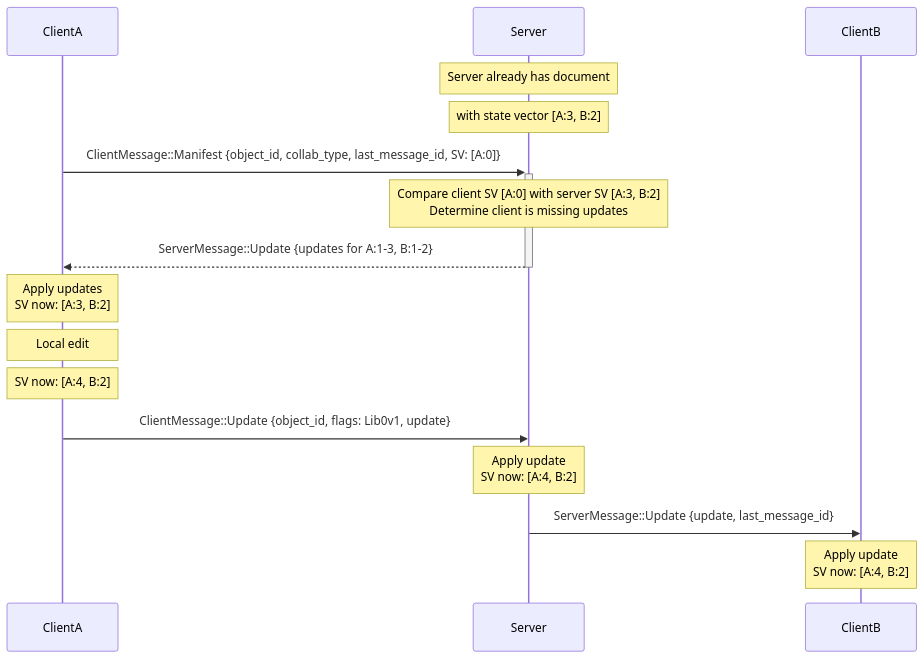
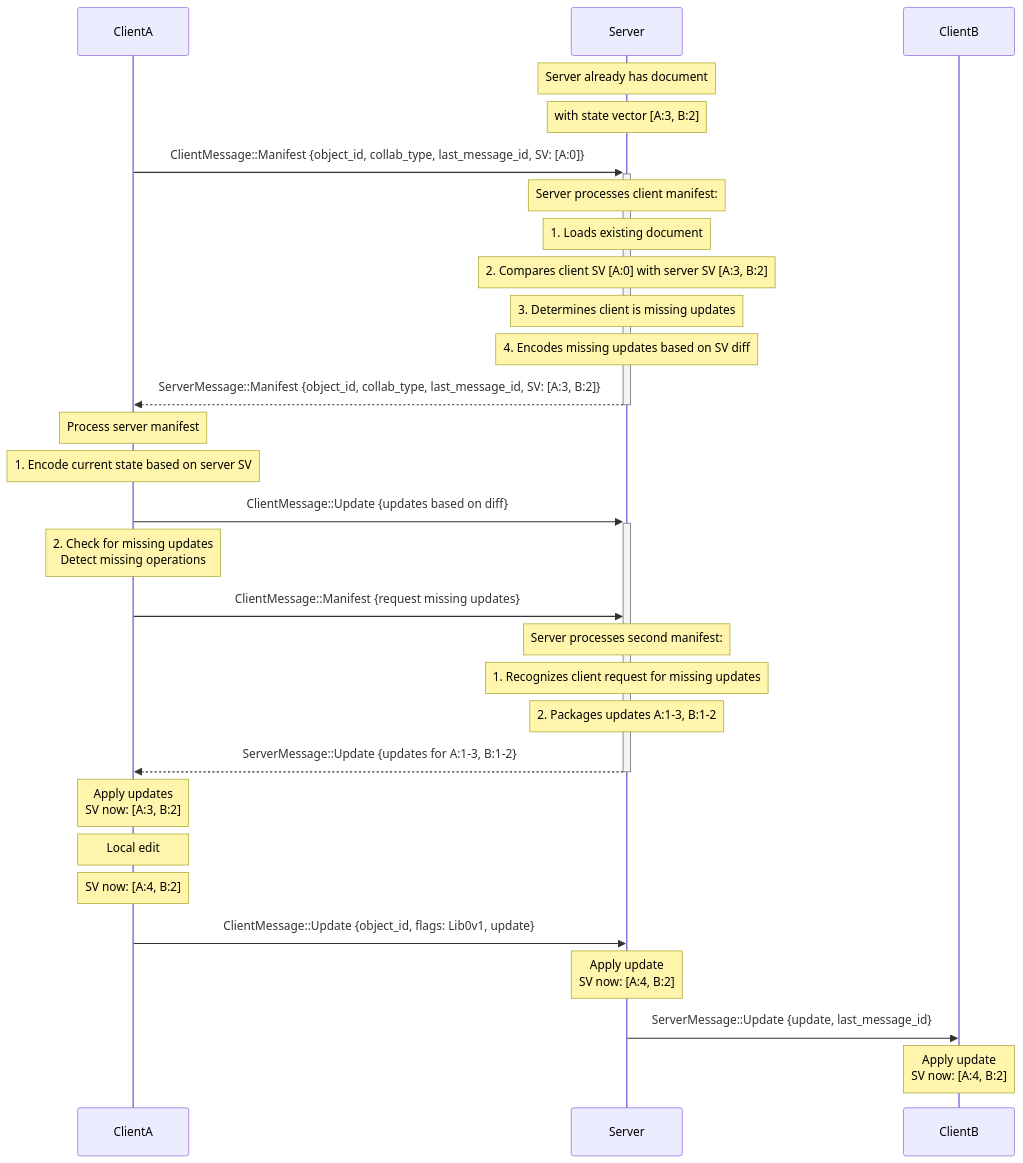
The third of 9 diagrams in libs/client-api/src/v2/README.md (AppFlowy-IO/AppFlowy-Cloud), drawn with Mermaid before and after one commit. The commit also changed other lines of this file and 1 other file, not shown here.

````diff
--- a/libs/client-api/src/v2/README.md
+++ b/libs/client-api/src/v2/README.md
@@ -81,18 +81,31 @@
 ```mermaid
 sequenceDiagram
     participant ClientA
     participant Server
     participant ClientB
     Note over Server: Server already has document
     Note over Server: with state vector [A:3, B:2]
     ClientA ->>+ Server: ClientMessage::Manifest {object_id, collab_type, last_message_id, SV: [A:0]}
-    Note over Server: Compare client SV [A:0] with server SV [A:3, B:2]<br>Determine client is missing updates
+    Note over Server: Server processes client manifest:
+    Note over Server: 1. Loads existing document
+    Note over Server: 2. Compares client SV [A:0] with server SV [A:3, B:2]
+    Note over Server: 3. Determines client is missing updates
+    Note over Server: 4. Encodes missing updates based on SV diff
+    Server -->>- ClientA: ServerMessage::Manifest {object_id, collab_type, last_message_id, SV: [A:3, B:2]}
+    Note over ClientA: Process server manifest
+    Note over ClientA: 1. Encode current state based on server SV
+    ClientA ->>+ Server: ClientMessage::Update {updates based on diff}
+    Note over ClientA: 2. Check for missing updates<br>Detect missing operations
+    ClientA ->> Server: ClientMessage::Manifest {request missing updates}
+    Note over Server: Server processes second manifest:
+    Note over Server: 1. Recognizes client request for missing updates
+    Note over Server: 2. Packages updates A:1-3, B:1-2
     Server -->>- ClientA: ServerMessage::Update {updates for A:1-3, B:1-2}
     Note over ClientA: Apply updates<br>SV now: [A:3, B:2]
     Note over ClientA: Local edit
     Note over ClientA: SV now: [A:4, B:2]
     ClientA ->> Server: ClientMessage::Update {object_id, flags: Lib0v1, update}
     Note over Server: Apply update<br>SV now: [A:4, B:2]
     Server ->> ClientB: ServerMessage::Update {update, last_message_id}
     Note over ClientB: Apply update<br>SV now: [A:4, B:2]
 ```
````
